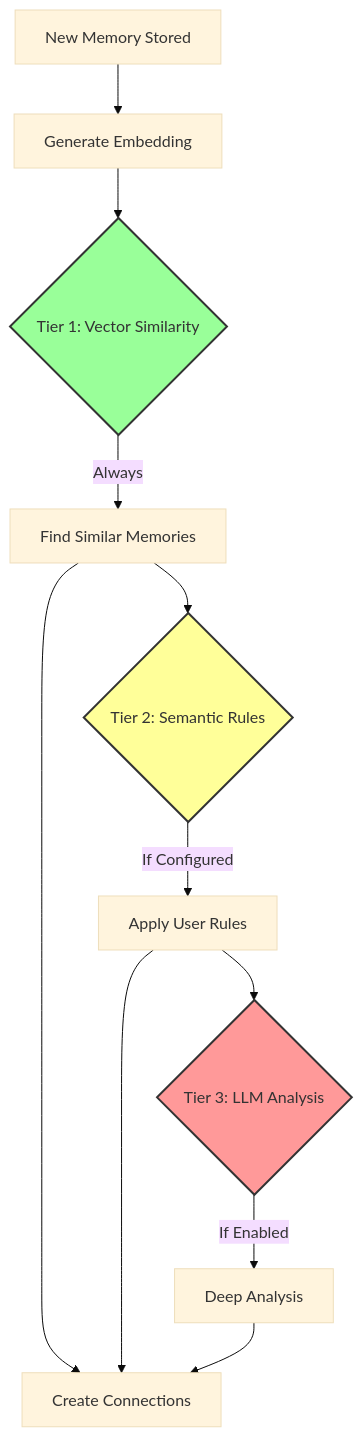
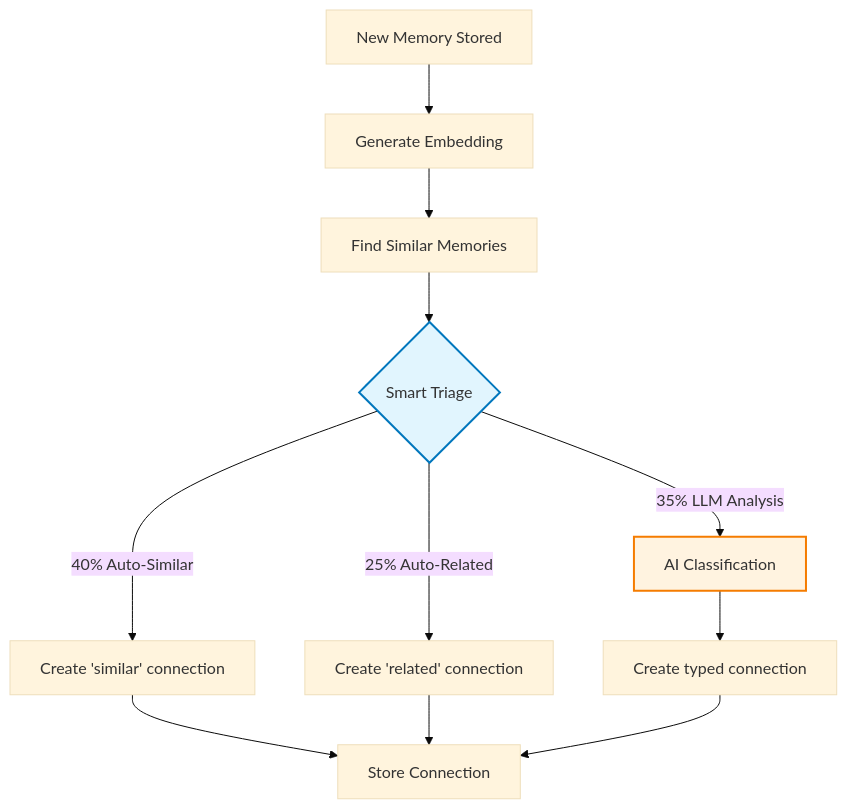
Before and after one commit to AgentDock/AgentDock: the diagram in docs/memory/memory-connections.md, drawn with Mermaid (base theme). The commit also changed other lines of this file and 13 other files, not shown here.

````diff
--- a/docs/memory/memory-connections.md
+++ b/docs/memory/memory-connections.md
@@ -47,18 +25,19 @@
 ```mermaid
 flowchart TD
     A[New Memory Stored] --> B[Generate Embedding]
-    B --> C{Tier 1: Vector Similarity}
-    C -->|Always| D[Find Similar Memories]
-    D --> E{Tier 2: Semantic Rules}
-    E -->|If Configured| F[Apply User Rules]
-    F --> G{Tier 3: LLM Analysis}
-    G -->|If Enabled| H[Deep Analysis]
+    B --> C[Find Similar Memories]
+    C --> D{Smart Triage}
     
-    D --> I[Create Connections]
+    D -->|40% Auto-Similar| E[Create 'similar' connection]
+    D -->|25% Auto-Related| F[Create 'related' connection]  
+    D -->|35% LLM Analysis| G[AI Classification]
+    
+    G --> H[Create typed connection]
+    
+    E --> I[Store Connection]
     F --> I
     H --> I
     
-    style C fill:#9f9,stroke:#333,stroke-width:2px
-    style E fill:#ff9,stroke:#333,stroke-width:2px
-    style G fill:#f99,stroke:#333,stroke-width:2px
+    style D fill:#e1f5fe,stroke:#0277bd,stroke-width:2px
+    style G fill:#fff3e0,stroke:#f57c00,stroke-width:2px
 ```
````
